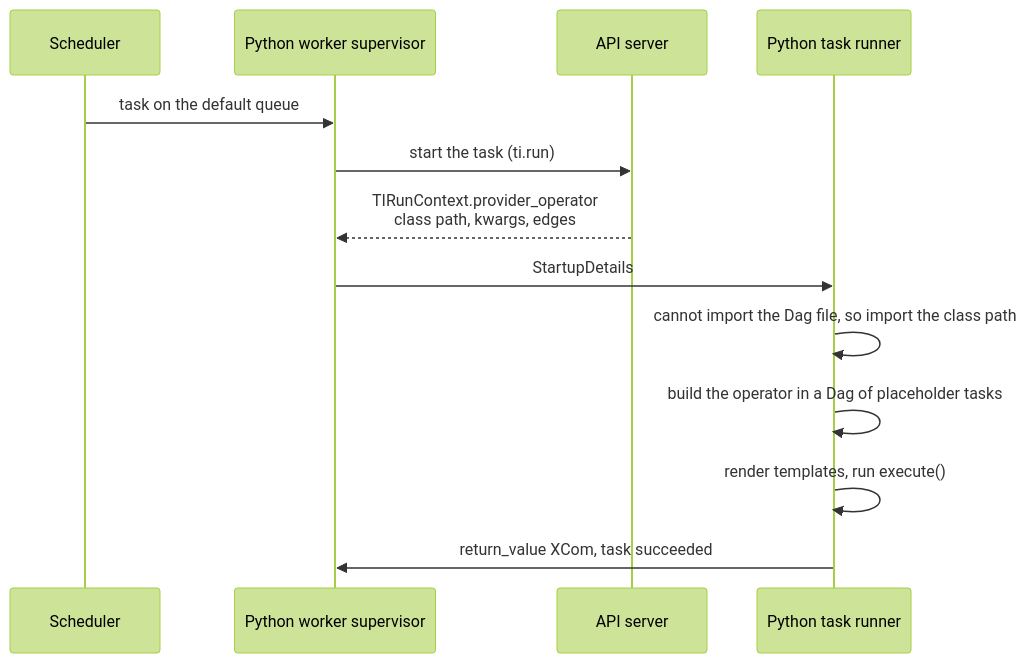
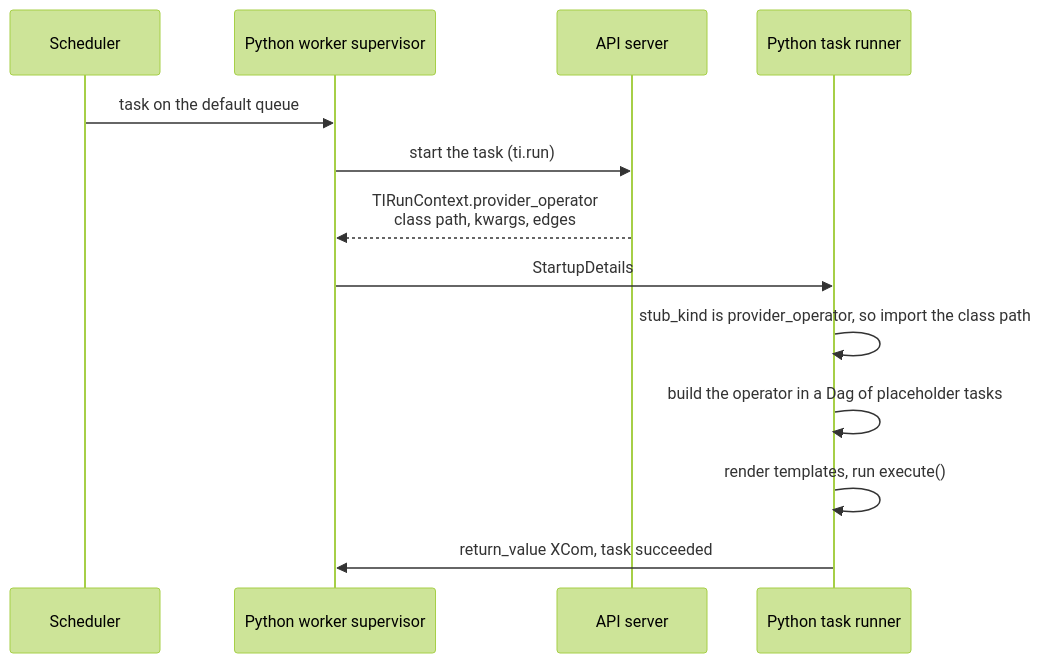
One commit to jason810496/airflow changed the third of 7 diagrams in airflow-core/adr/lang-sdk/0018-provider-operators-across-sdks.md. Above: the diagram before and after it, drawn with Mermaid (forest theme). The commit also changed other lines of this file, not shown here.

Commit message:
Add stub_kind and Dag queue inheritance to ADR-0018

````diff
--- a/airflow-core/adr/lang-sdk/0018-provider-operators-across-sdks.md
+++ b/airflow-core/adr/lang-sdk/0018-provider-operators-across-sdks.md
@@ -128,15 +135,15 @@
 ```mermaid
 sequenceDiagram
     participant Sch as Scheduler
     participant Sup as Python worker supervisor
     participant API as API server
     participant Run as Python task runner
     Sch->>Sup: task on the default queue
     Sup->>API: start the task (ti.run)
     API-->>Sup: TIRunContext.provider_operator<br/>class path, kwargs, edges
     Sup->>Run: StartupDetails
-    Run->>Run: cannot import the Dag file, so import the class path
+    Run->>Run: stub_kind is provider_operator, so import the class path
     Run->>Run: build the operator in a Dag of placeholder tasks
     Run->>Run: render templates, run execute()
     Run->>Sup: return_value XCom, task succeeded
 ```
````
